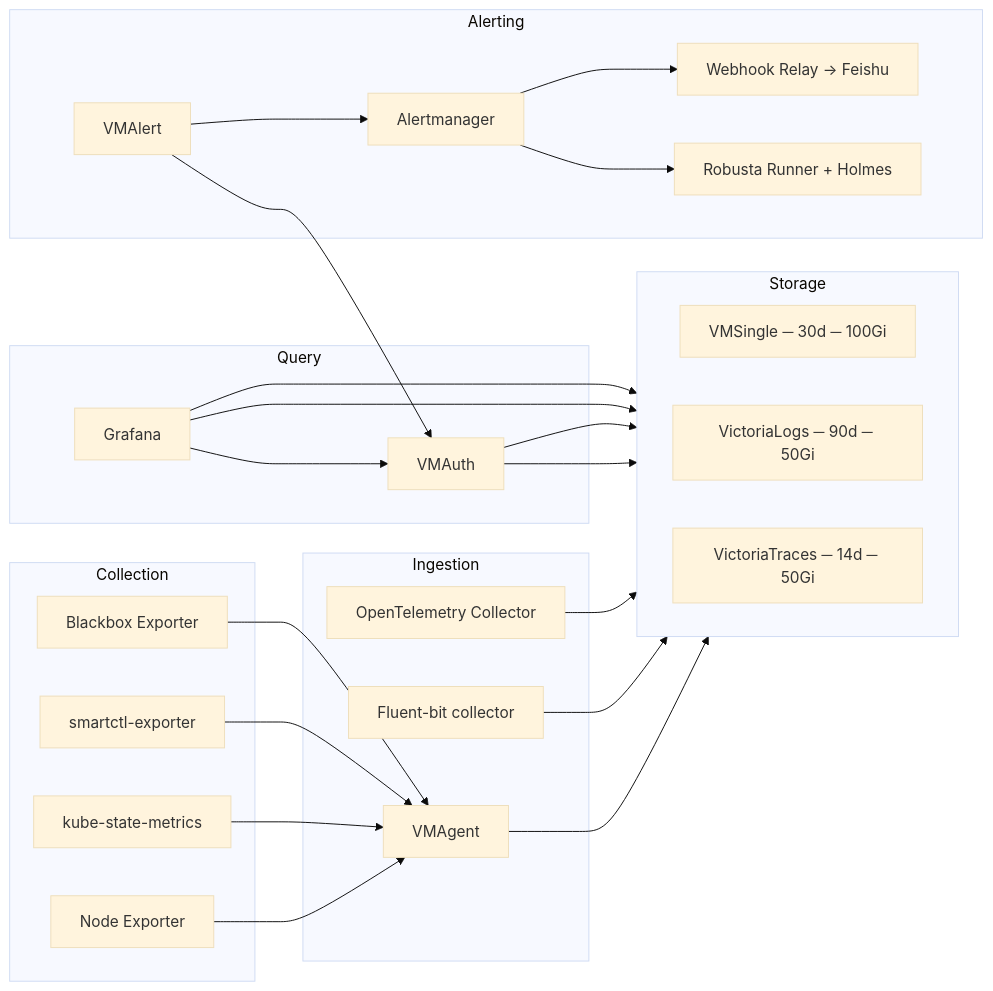
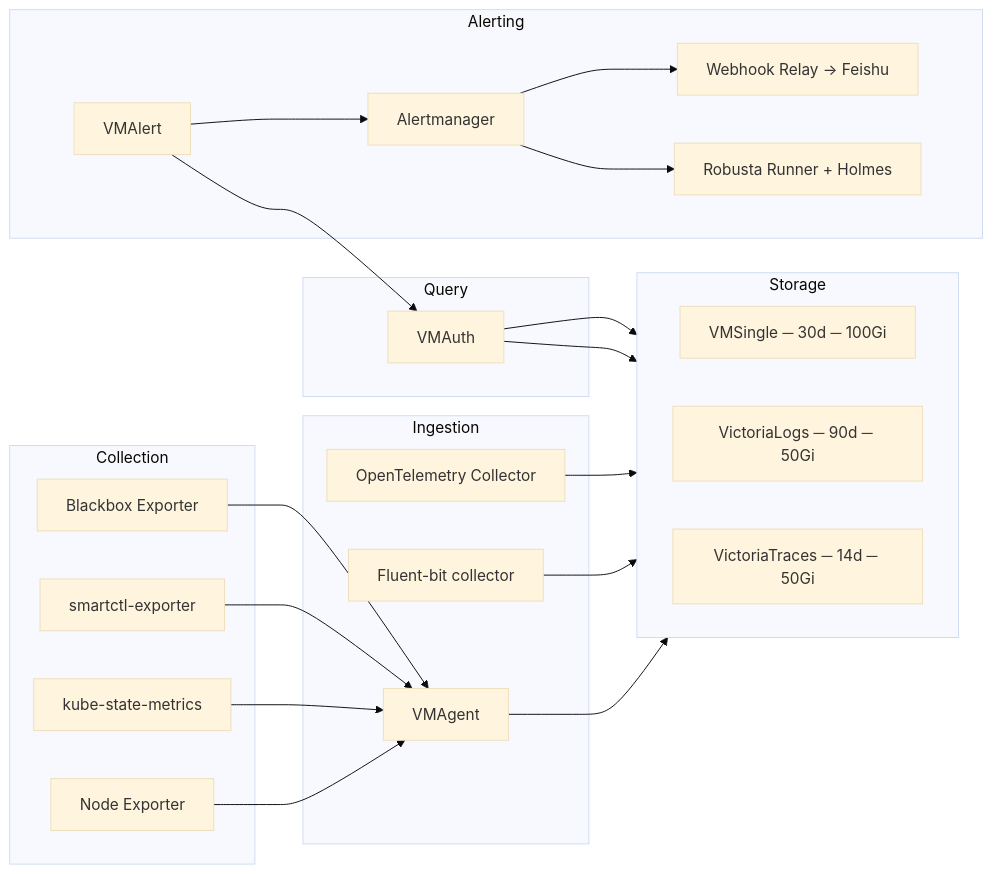
Before and after one commit to soulwhisper/home-ops: the diagram in docs/application/monitoring.md, drawn with Mermaid (base theme). The commit also changed other lines of this file and 95 other files, not shown here.

````diff
--- a/docs/application/monitoring.md
+++ b/docs/application/monitoring.md
@@ -7,46 +7,44 @@
 ```mermaid
 flowchart LR
   subgraph Collection
     NE[Node Exporter]
     KSM[kube-state-metrics]
     SMART[smartctl-exporter]
     BB[Blackbox Exporter]
   end
 
   subgraph Ingestion
     VM[VMAgent]
     FB[Fluent-bit collector]
     OTEL[OpenTelemetry Collector]
   end
 
   subgraph Storage
     direction LR
     VMS[VMSingle ─ 30d ─ 100Gi]
     VL[VictoriaLogs ─ 90d ─ 50Gi]
     VT[VictoriaTraces ─ 14d ─ 50Gi]
   end
 
   subgraph Query
     VAUTH[VMAuth]
-    GRAF[Grafana]
   end
 
   subgraph Alerting
     VMALERT[VMAlert]
     AM[Alertmanager]
     RELAY[Webhook Relay → Feishu]
     ROB[Robusta Runner + Holmes]
   end
 
   NE & KSM & SMART --> VM
   BB --> VM
   VM --> VMS
   FB --> VL
   OTEL --> VT
   VAUTH --> VMS & VL
-  GRAF --> VAUTH & VL & VT
   VMALERT --> VAUTH
   VMALERT --> AM
   AM --> RELAY
   AM --> ROB
 ```
````
